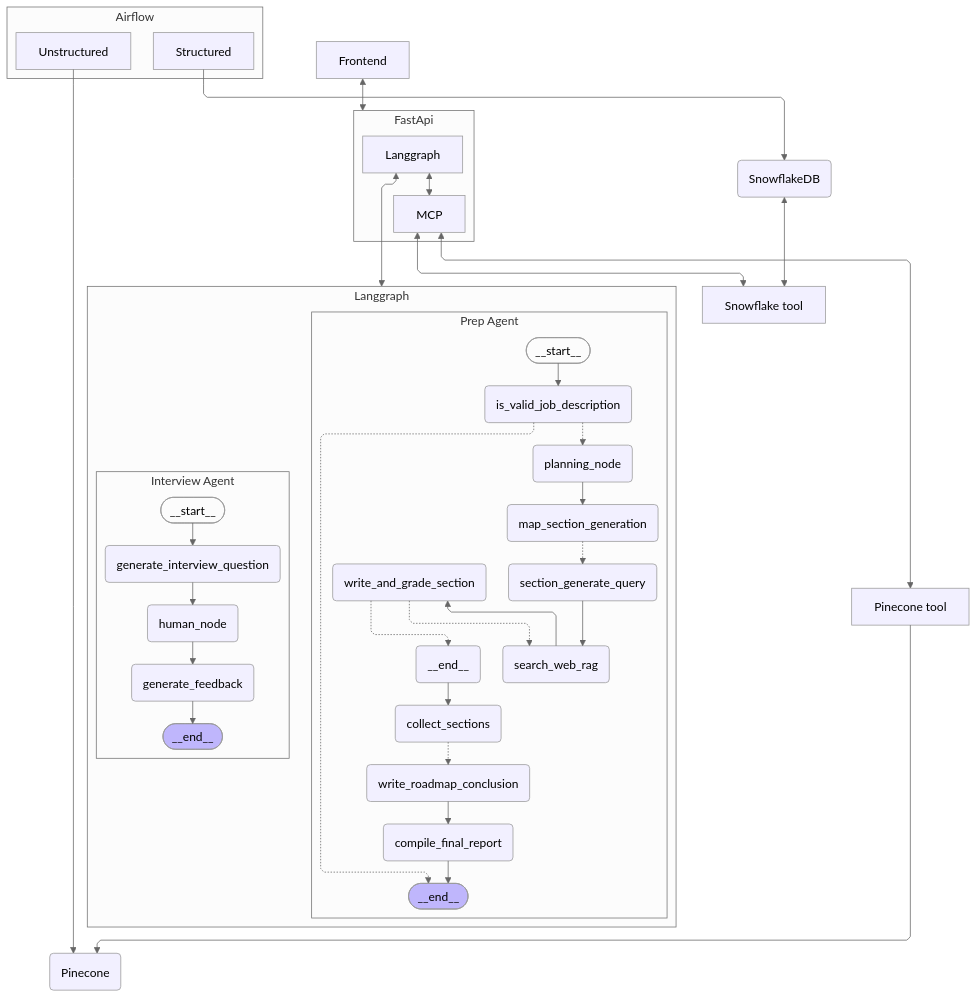
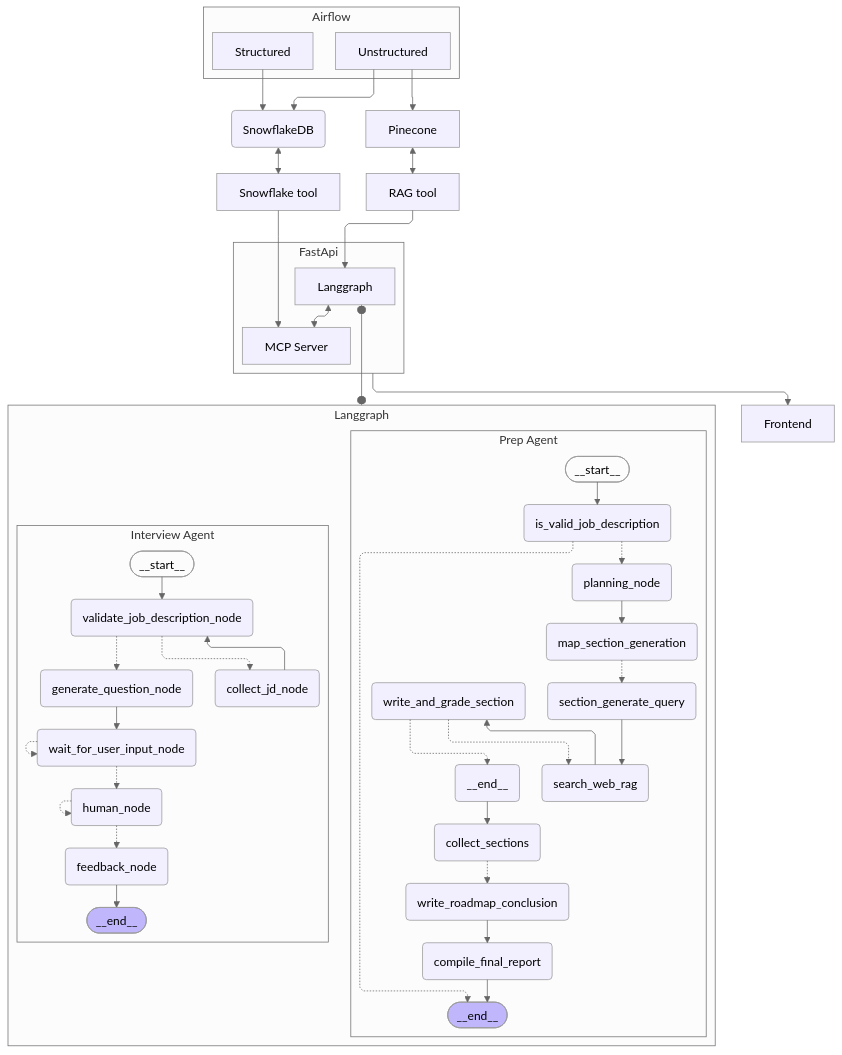
Before and after one commit to DAMG7245-Team-2/InterviewGraph: the diagram in arch.md, drawn with Mermaid. The commit also changed 1 other file, not shown here.

```diff
--- a/arch.md
+++ b/arch.md
@@ -24,9 +24,12 @@
   end
  subgraph s2["Interview Agent"]
         __interview_start__(["<p>__start__</p>"])
-        generate_interview_question("generate_interview_question")
+        collect_jd_node("collect_jd_node")
+        validate_job_description_node("validate_job_description_node")
+        generate_question_node("generate_question_node")
+        wait_for_user_input_node("wait_for_user_input_node")
         human_node("human_node")
-        generate_feedback("generate_feedback")
+        feedback_node("feedback_node")
         __interview_end__(["<p>__end__</p>"])
   end
  subgraph s3["Langgraph"]
@@ -34,17 +37,20 @@
         s2
   end
  subgraph s4["FastApi"]
-        n1["MCP"]
+        n1["MCP Server"]
         n2["Langgraph"]
   end
  subgraph s5["Airflow"]
         n9["Unstructured"]
         n10["Structured"]
   end
-    __interview_start__ --> generate_interview_question
-    generate_feedback --> __interview_end__
-    generate_interview_question --> human_node
-    human_node --> generate_feedback
+    __interview_start__ --> validate_job_description_node
+    collect_jd_node --> validate_job_description_node
+    feedback_node --> __interview_end__
+    generate_question_node --> wait_for_user_input_node
+    human_node -.-> feedback_node & human_node
+    validate_job_description_node -.-> generate_question_node & collect_jd_node
+    wait_for_user_input_node -.-> human_node & wait_for_user_input_node
     __start__ --> is_valid_job_description
     compile_final_report --> __end__
     generate_sections___end__ --> collect_sections
@@ -56,23 +62,24 @@
     generate_sections_search_web_rag --> generate_sections_write_and_grade_section
     generate_sections_section_generate_query --> generate_sections_search_web_rag
     generate_sections_write_and_grade_section -.-> generate_sections___end__ & generate_sections_search_web_rag
-    n2 <--> s3 & n1
-    n1 <--> n3["Snowflake tool"] & n4["Pinecone tool"]
-    n5["Frontend"] <--> s4
-    n7["SnowflakeDB"] <--> n3
-    n4 --> n8["Pinecone"]
-    n9 --> n8
+    n2 o--o s3
+    n2 <--> n1
+    n7["SnowflakeDB"] <--> n3["Snowflake tool"]
     n10 --> n7
+    n9 --> n7 & n11["Pinecone"]
+    n11 <--> n12["RAG tool"]
+    n12 --> n2
+    n3 --> n1
+    s4 --> n5["Frontend"]
     n2@{ shape: rect}
     n10@{ shape: rect}
+    n7@{ shape: rounded}
     n3@{ shape: rect}
-    n4@{ shape: rect}
     n5@{ shape: rect}
-    n7@{ shape: rounded}
-    n8@{ shape: rounded}
      __start__:::first
      __end__:::last
      __interview_start__:::first
+     __interview_end__:::last
      __interview_end__:::last
     classDef default fill:#f2f0ff,line-height:1.2,fill:#f2f0ff,line-height:1.2
     classDef first fill-opacity:0,fill-opacity:0
```
